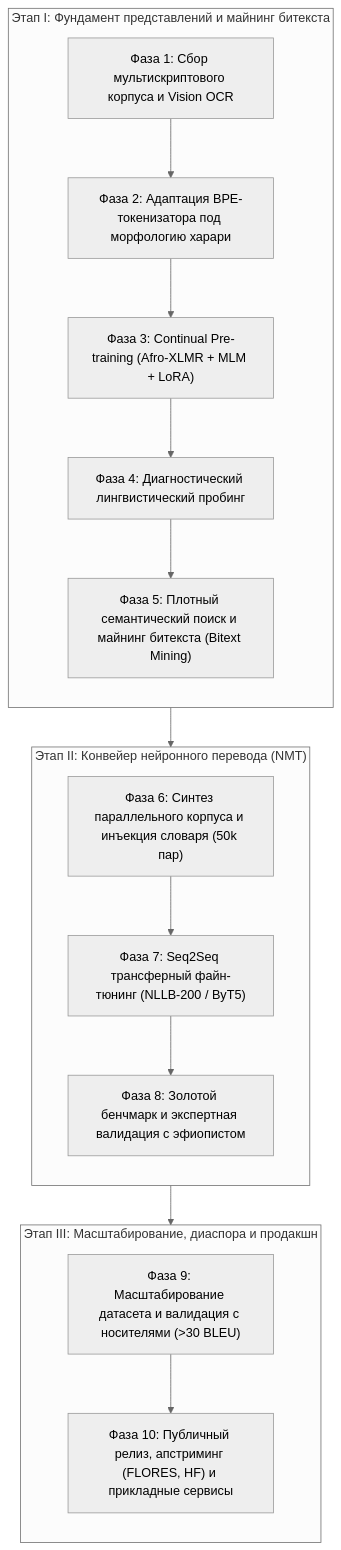
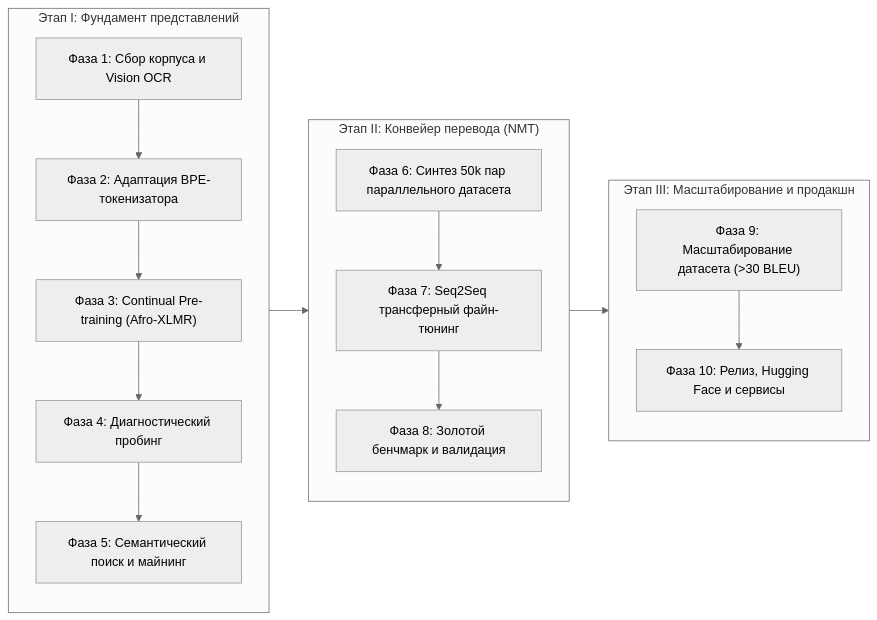
The third of 6 diagrams in README_RU.md (bogdanborovoy/harari-nmt), drawn with Mermaid (neutral theme) before and after one commit. The commit also changed other lines of this file and 2 other files, not shown here.

Commit message:
Fix Mermaid flowchart layout: switch pipeline and roles to clean flowchart LR to avoid title clipping

````diff
--- a/README_RU.md
+++ b/README_RU.md
@@ -157,27 +157,30 @@
 ```mermaid
-flowchart TD
-    subgraph Stage1 ["Этап I: Фундамент представлений и майнинг битекста"]
+flowchart LR
+    subgraph Stage1 ["Этап I: Фундамент представлений"]
         direction TB
-        P1["Фаза 1: Сбор мультискриптового корпуса и Vision OCR"]
-        P2["Фаза 2: Адаптация BPE-токенизатора под морфологию харари"]
-        P3["Фаза 3: Continual Pre-training (Afro-XLMR + MLM + LoRA)"]
-        P4["Фаза 4: Диагностический лингвистический пробинг"]
-        P5["Фаза 5: Плотный семантический поиск и майнинг битекста (Bitext Mining)"]
+        P1["Фаза 1: Сбор корпуса и Vision OCR"]
+        P2["Фаза 2: Адаптация BPE-токенизатора"]
+        P3["Фаза 3: Continual Pre-training (Afro-XLMR)"]
+        P4["Фаза 4: Диагностический пробинг"]
+        P5["Фаза 5: Семантический поиск и майнинг"]
         P1 --> P2 --> P3 --> P4 --> P5
     end
 
-    subgraph Stage2 ["Этап II: Конвейер нейронного перевода (NMT)"]
+    subgraph Stage2 ["Этап II: Конвейер перевода (NMT)"]
         direction TB
-        P6["Фаза 6: Синтез параллельного корпуса и инъекция словаря (50k пар)"]
-        P7["Фаза 7: Seq2Seq трансферный файн-тюнинг (NLLB-200 / ByT5)"]
-        P8["Фаза 8: Золотой бенчмарк и экспертная валидация с эфиопистом"]
-        P5 --> P6 --> P7 --> P8
+        P6["Фаза 6: Синтез 50k пар параллельного датасета"]
+        P7["Фаза 7: Seq2Seq трансферный файн-тюнинг"]
+        P8["Фаза 8: Золотой бенчмарк и валидация"]
+        P6 --> P7 --> P8
     end
 
-    subgraph Stage3 ["Этап III: Масштабирование, диаспора и продакшн"]
+    subgraph Stage3 ["Этап III: Масштабирование и продакшн"]
         direction TB
-        P9["Фаза 9: Масштабирование датасета и валидация с носителями (>30 BLEU)"]
-        P10["Фаза 10: Публичный релиз, апстриминг (FLORES, HF) и прикладные сервисы"]
-        P8 --> P9 --> P10
+        P9["Фаза 9: Масштабирование датасета (>30 BLEU)"]
+        P10["Фаза 10: Релиз, Hugging Face и сервисы"]
+        P9 --> P10
     end
+
+    P5 --> P6
+    P8 --> P9
 ```
````
